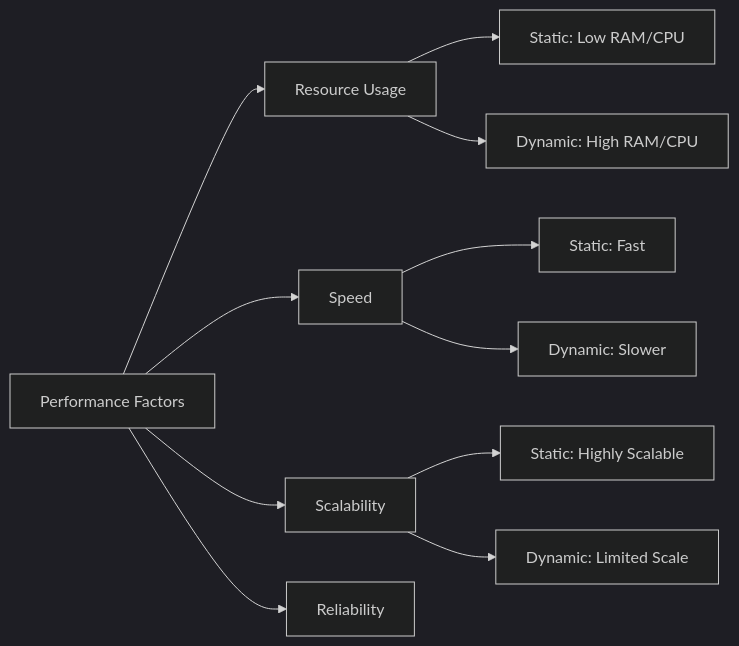
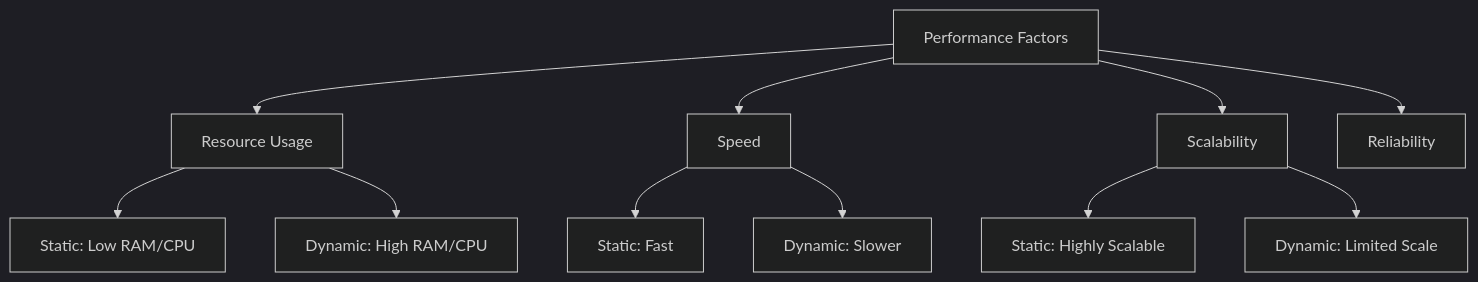
One commit to bytetunnels/bytetunnels.github.com changed the third of 3 diagrams in _posts/2025-05-06-static-vs-dynamic-websites-scraping.md. Above: the diagram before and after it, drawn with Mermaid (dark theme). The commit also changed other lines of this file and 25 other files, not shown here.

Commit message:
chore: fixed mermaid charts

````diff
--- a/_posts/2025-05-06-static-vs-dynamic-websites-scraping.md
+++ b/_posts/2025-05-06-static-vs-dynamic-websites-scraping.md
@@ -268,16 +270,18 @@
 ```mermaid
-graph LR
-    A[Performance Factors] --> B[Resource Usage]
+graph TD
+    A[Performance Factors]
+
+    A --> B[Resource Usage]
     A --> C[Speed]
     A --> D[Scalability]
     A --> E[Reliability]
-    
+
     B --> F[Static: Low RAM/CPU]
     B --> G[Dynamic: High RAM/CPU]
-    
+
     C --> H[Static: Fast]
     C --> I[Dynamic: Slower]
-    
+
     D --> J[Static: Highly Scalable]
     D --> K[Dynamic: Limited Scale]
 ```
````
